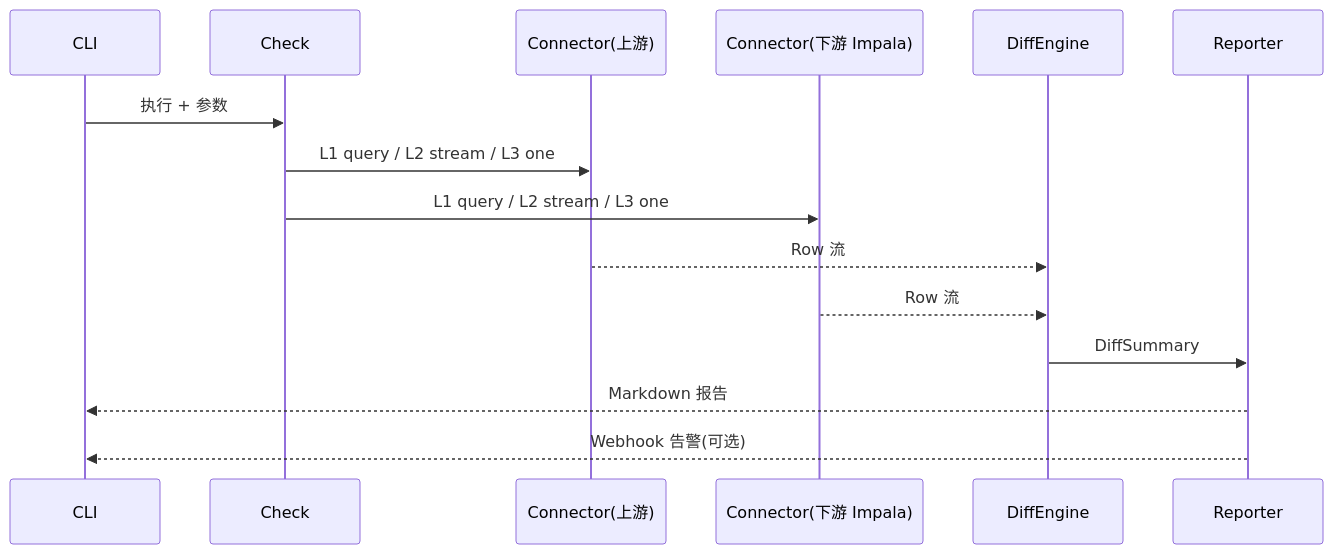
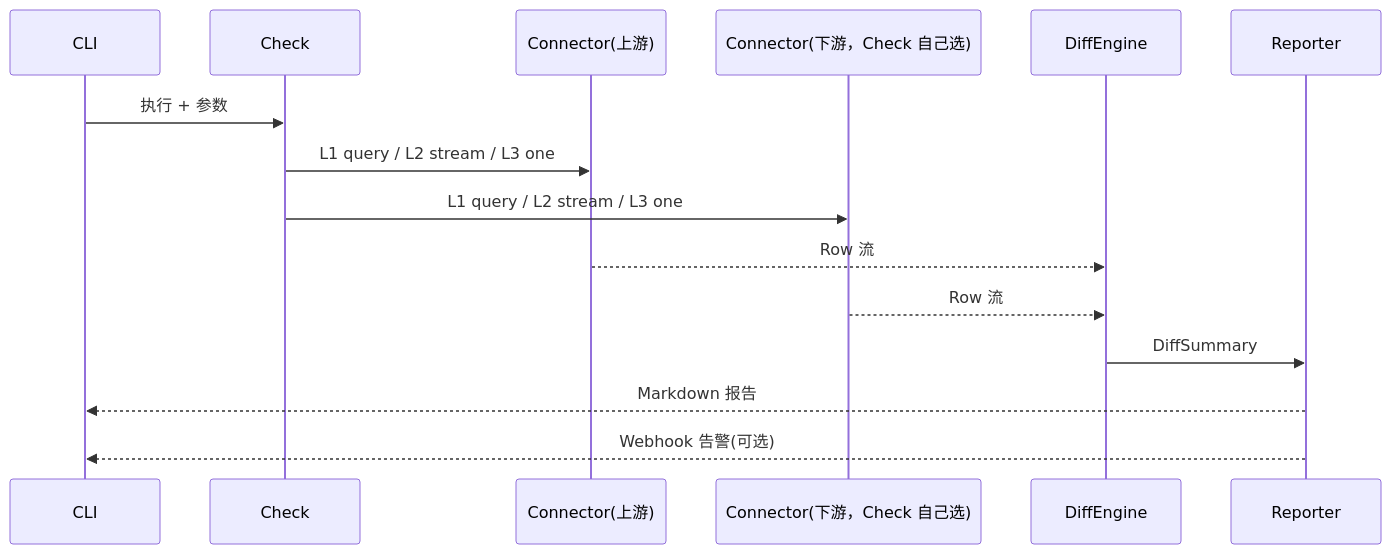
Before and after one commit to langbiantianya/sync_diif: the second of 2 diagrams in README.md, drawn with Mermaid. The commit also changed other lines of this file and 8 other files, not shown here.

````diff
--- a/README.md
+++ b/README.md
@@ -639,18 +659,18 @@
 ```mermaid
 sequenceDiagram
     participant CLI
     participant Check
     participant Src as Connector(上游)
-    participant Tgt as Connector(下游 Impala)
+    participant Tgt as Connector(下游，Check 自己选)
     participant Engine as DiffEngine
     participant Reporter
 
     CLI->>Check: 执行 + 参数
     Check->>Src: L1 query / L2 stream / L3 one
     Check->>Tgt: L1 query / L2 stream / L3 one
     Src-->>Engine: Row 流
     Tgt-->>Engine: Row 流
     Engine->>Reporter: DiffSummary
     Reporter-->>CLI: Markdown 报告
     Reporter-->>CLI: Webhook 告警(可选)
 ```
````
